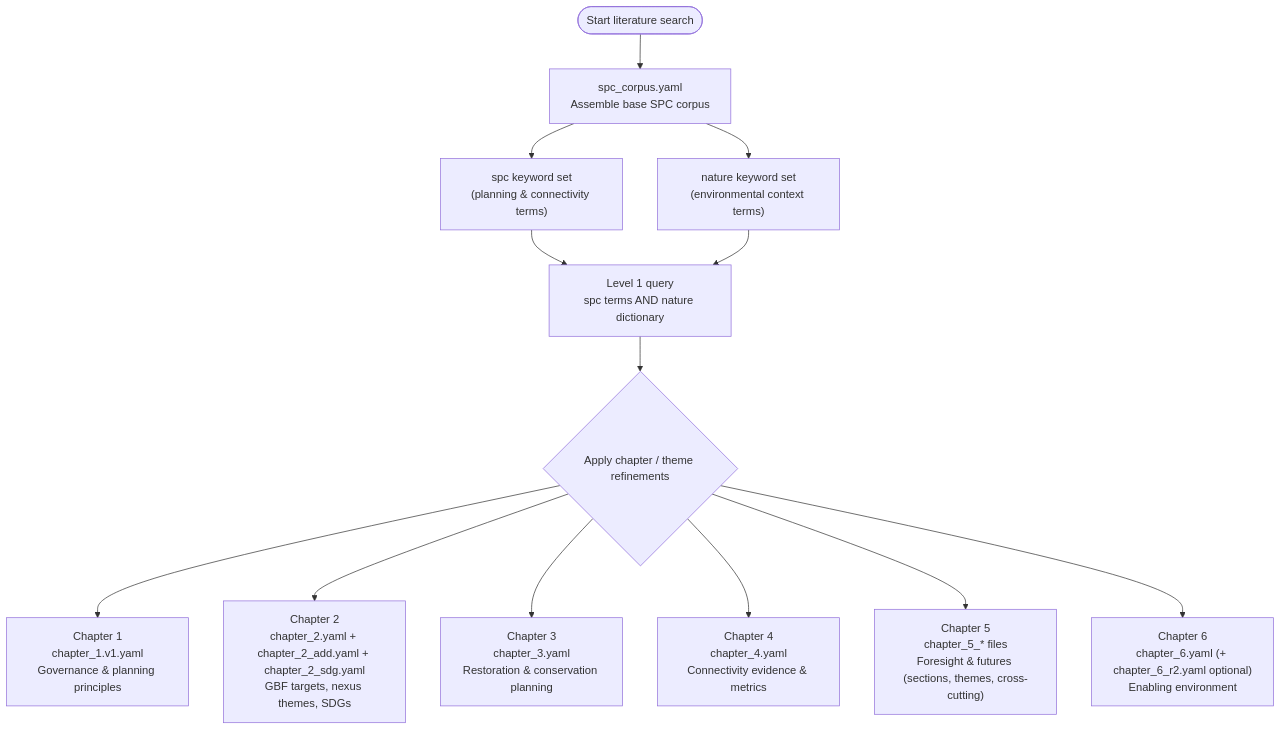
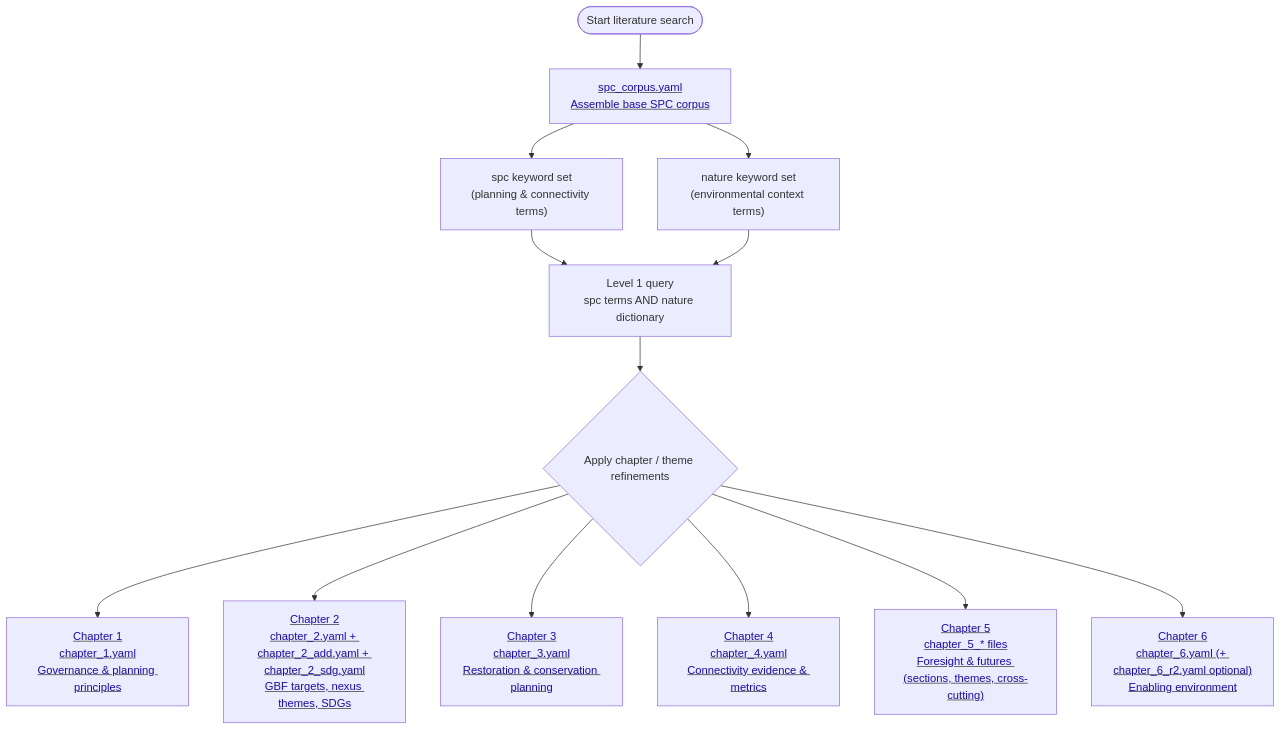
Before and after one commit to gabriellabishop/IPBES_SPC_Corpus: the diagram in figures/overview.mmd, drawn with Mermaid. The commit also changed 15 other files, not shown here.

Commit message:
Highlighted links in charts, fixed apostrophe etc issues

```diff
--- a/figures/overview.mmd
+++ b/figures/overview.mmd
@@ -1,22 +1,23 @@
+%%{init: {'flowchart': {'htmlLabels': true}}}%%
 flowchart TD
-    Start([Start literature search]) --> SPC["spc_corpus.yaml<br/>Assemble base SPC corpus"]
+    Start([Start literature search]) --> SPC["<u><span style='color:#1a0dab;'>spc_corpus.yaml<br/>Assemble base SPC corpus</span></u>"]
     click SPC "./input/search_terms/spc_corpus.yaml" "Open spc_corpus.yaml"
     SPC --> SPC_list["spc keyword set<br/>(planning & connectivity terms)"]
     SPC --> NATURE_list["nature keyword set<br/>(environmental context terms)"]
     SPC_list --> BaseQuery["Level 1 query<br/>spc terms AND nature dictionary"]
     NATURE_list --> BaseQuery
 
     BaseQuery --> ChapterSelect{Apply chapter / theme refinements}
 
-    ChapterSelect --> CH1["Chapter 1<br/>chapter_1.v1.yaml<br/>Governance & planning principles"]
-    click CH1 "./input/search_terms/chapter_1.v1.yaml" "Open chapter_1.v1.yaml"
-    ChapterSelect --> CH2["Chapter 2<br/>chapter_2.yaml + chapter_2_add.yaml + chapter_2_sdg.yaml<br/>GBF targets, nexus themes, SDGs"]
+    ChapterSelect --> CH1["<u><span style='color:#1a0dab;'>Chapter 1<br/>chapter_1.yaml<br/>Governance & planning principles</span></u>"]
+    click CH1 "./input/search_terms/chapter_1.yaml" "Open chapter_1.yaml"
+    ChapterSelect --> CH2["<u><span style='color:#1a0dab;'>Chapter 2<br/>chapter_2.yaml + chapter_2_add.yaml + chapter_2_sdg.yaml<br/>GBF targets, nexus themes, SDGs</span></u>"]
     click CH2 "./input/search_terms/chapter_2.yaml" "Open chapter_2.yaml"
-    ChapterSelect --> CH3["Chapter 3<br/>chapter_3.yaml<br/>Restoration & conservation planning"]
+    ChapterSelect --> CH3["<u><span style='color:#1a0dab;'>Chapter 3<br/>chapter_3.yaml<br/>Restoration & conservation planning</span></u>"]
     click CH3 "./input/search_terms/chapter_3.yaml" "Open chapter_3.yaml"
-    ChapterSelect --> CH4["Chapter 4<br/>chapter_4.yaml<br/>Connectivity evidence & metrics"]
+    ChapterSelect --> CH4["<u><span style='color:#1a0dab;'>Chapter 4<br/>chapter_4.yaml<br/>Connectivity evidence & metrics</span></u>"]
     click CH4 "./input/search_terms/chapter_4.yaml" "Open chapter_4.yaml"
-    ChapterSelect --> CH5["Chapter 5<br/>chapter_5_* files<br/>Foresight & futures (sections, themes, cross-cutting)"]
+    ChapterSelect --> CH5["<u><span style='color:#1a0dab;'>Chapter 5<br/>chapter_5_* files<br/>Foresight & futures (sections, themes, cross-cutting)</span></u>"]
     click CH5 "./input/search_terms/Chapter_5_1_2.yaml" "Open Chapter 5 search terms"
-    ChapterSelect --> CH6["Chapter 6<br/>chapter_6.yaml (+ chapter_6_r2.yaml optional)<br/>Enabling environment"]
+    ChapterSelect --> CH6["<u><span style='color:#1a0dab;'>Chapter 6<br/>chapter_6.yaml (+ chapter_6_r2.yaml optional)<br/>Enabling environment</span></u>"]
     click CH6 "./input/search_terms/chapter_6.yaml" "Open chapter_6.yaml"
```
